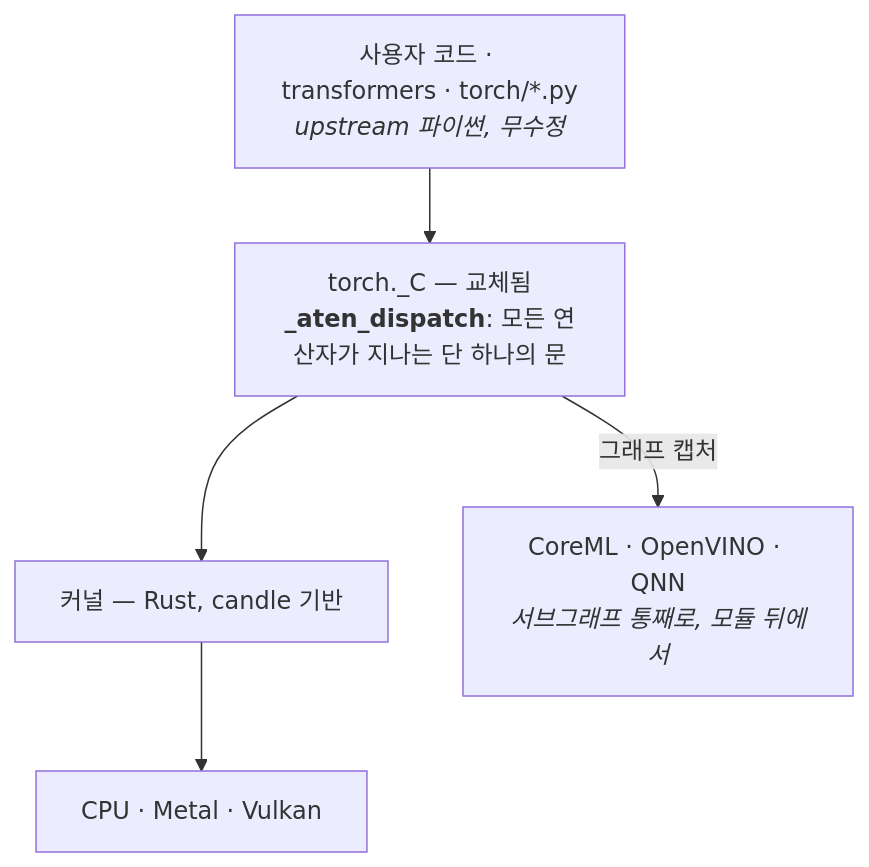
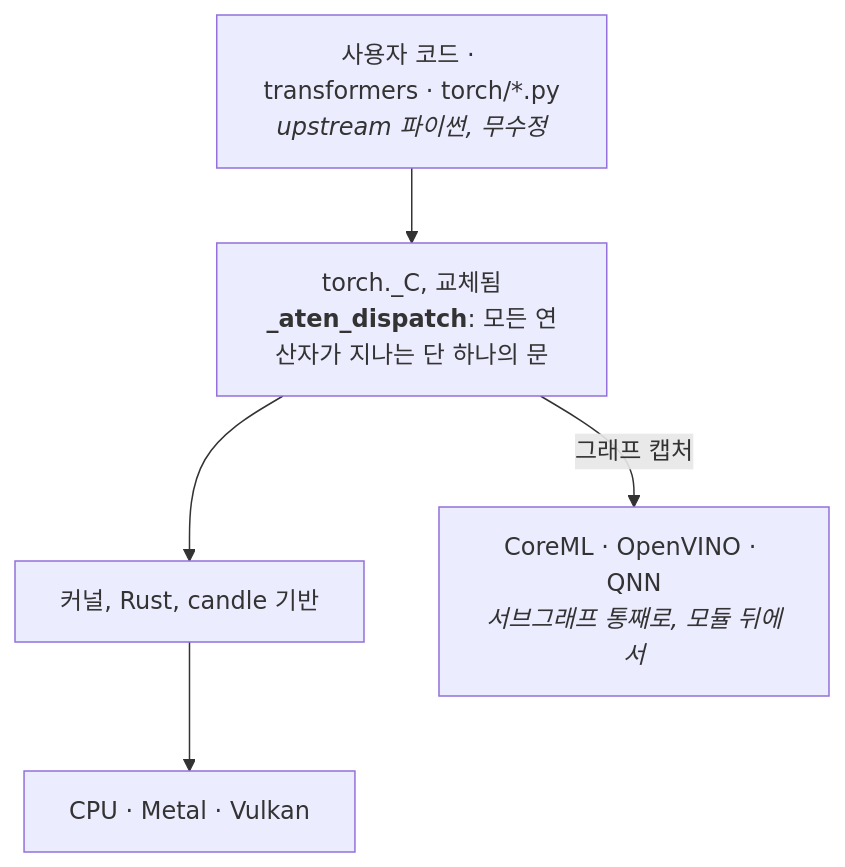
Before and after one commit to thisisthepy/torchnative: the diagram in docs/locale/README_ko.md, drawn with Mermaid. The commit also changed other lines of this file and 250 other files, not shown here.

````diff
--- a/docs/locale/README_ko.md
+++ b/docs/locale/README_ko.md
@@ -134,10 +137,10 @@
 ```mermaid
 flowchart TB
     A["사용자 코드 · transformers · torch/*.py<br/><i>upstream 파이썬, 무수정</i>"]
-    B["torch._C — 교체됨<br/><b>_aten_dispatch</b>: 모든 연산자가 지나는 단 하나의 문"]
-    C["커널 — Rust, candle 기반"]
+    B["torch._C, 교체됨<br/><b>_aten_dispatch</b>: 모든 연산자가 지나는 단 하나의 문"]
+    C["커널, Rust, candle 기반"]
     D["CPU · Metal · Vulkan"]
     E["CoreML · OpenVINO · QNN<br/><i>서브그래프 통째로, 모듈 뒤에서</i>"]
     A --> B --> C --> D
     B -- "그래프 캡처" --> E
 ```
````
